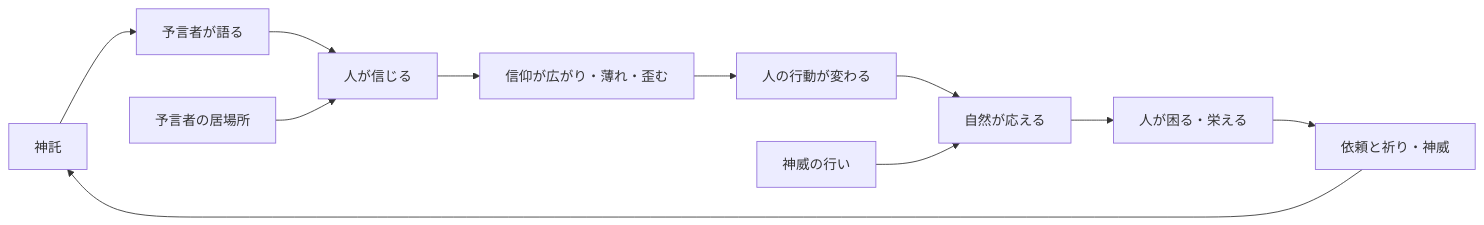
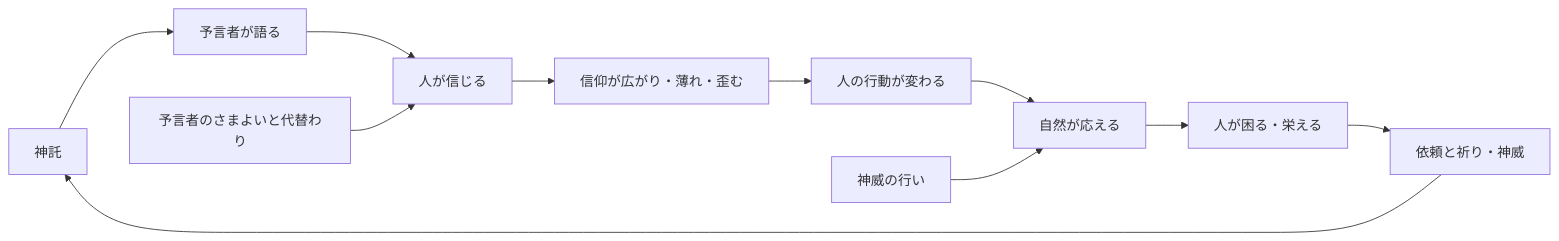
Before and after one commit to Vouivret/TheogonyX: the diagram in docs/domain/core-loop.md, drawn with Mermaid. The commit also changed other lines of this file and 6 other files, not shown here.

````diff
--- a/docs/domain/core-loop.md
+++ b/docs/domain/core-loop.md
@@ -39,13 +39,13 @@
 ```mermaid
 flowchart LR
     A[神託] --> B[予言者が語る]
     B --> C[人が信じる]
     C --> D[信仰が広がり・薄れ・歪む]
     D --> E[人の行動が変わる]
     E --> F[自然が応える]
     F --> G[人が困る・栄える]
     G --> H[依頼と祈り・神威]
     H --> A
     I[神威の行い] --> F
-    J[予言者の居場所] --> C
+    J[予言者のさまよいと代替わり] --> C
 ```
````
